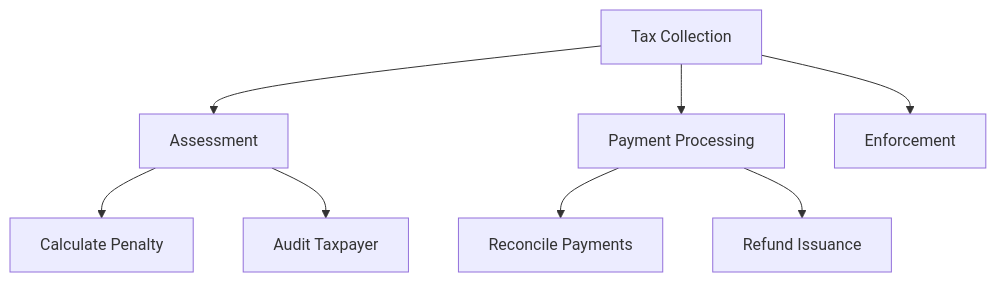
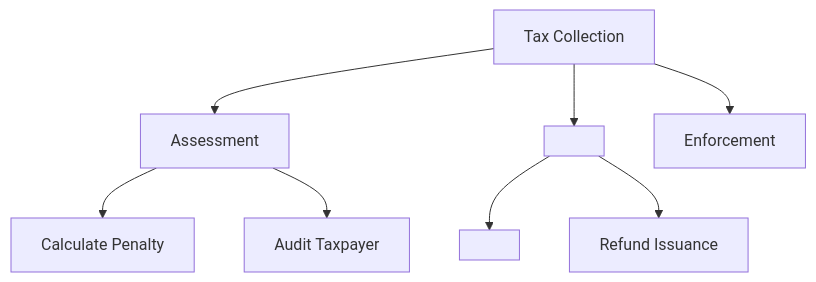
The diagram in .github/skills/capability-map/SKILL.md (paulasilvatech/datacorp-mm-team-kit), drawn with Mermaid before and after one commit. The commit also changed other lines of this file and 8 other files, not shown here.

````diff
--- a/.github/skills/capability-map/SKILL.md
+++ b/.github/skills/capability-map/SKILL.md
@@ -53,10 +53,10 @@
 ```mermaid
 flowchart TD
  A[Tax Collection] --> B[Assessment]
- A --> C[Payment Processing]
+ A --> C[<Capability>]
  A --> D[Enforcement]
  B --> B1[Calculate Penalty]
  B --> B2[Audit Taxpayer]
- C --> C1[Reconcile Payments]
+ C --> C1[<Sub-capability>]
  C --> C2[Refund Issuance]
 ```
````
